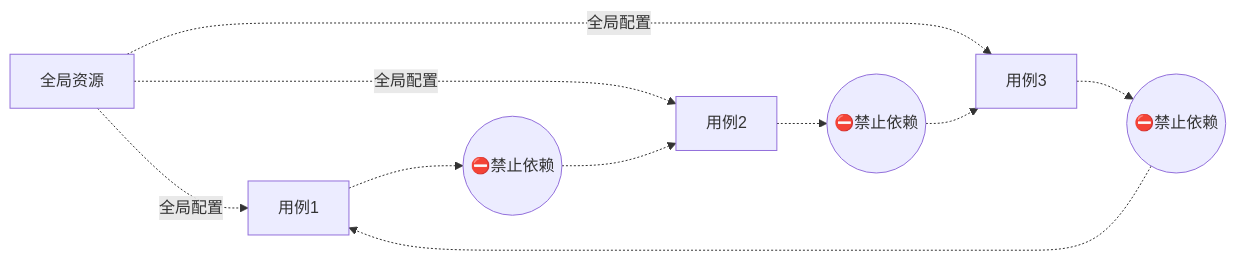
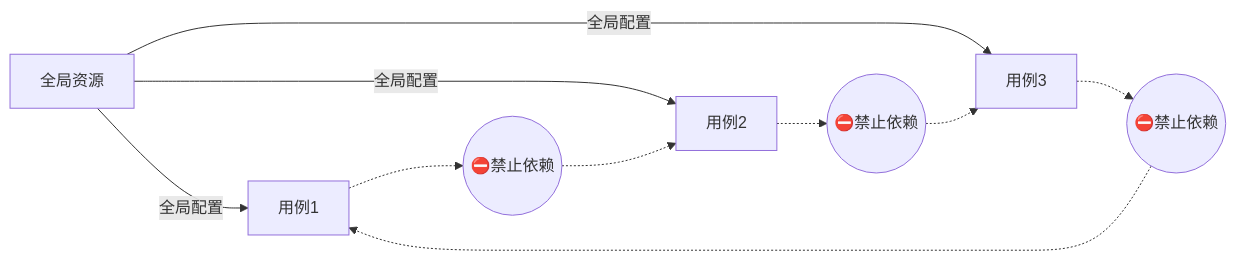
The third of 6 diagrams in content/posts/automation/talk-about-automation.md (uytrdcvbjhgf/guyuechen.github.io), drawn with Mermaid before and after one commit.

Commit message:
mermaid style

````diff
--- a/content/posts/automation/talk-about-automation.md
+++ b/content/posts/automation/talk-about-automation.md
@@ -136,24 +136,24 @@
 ```mermaid
 flowchart LR
     %% 节点定义
     GlobalRes[全局资源]
     Case1[用例1]
     Case2[用例2]
     Case3[用例3]
 
-    %% 全局资源连接
-    GlobalRes -. 全局配置 .-> Case1
-    GlobalRes -. 全局配置 .-> Case2
-    GlobalRes -. 全局配置 .-> Case3
+    %% ✅ 全局资源连接改为实线
+    GlobalRes -->|全局配置| Case1
+    GlobalRes -->|全局配置| Case2
+    GlobalRes -->|全局配置| Case3
 
-    %% 🚫 不再直接用 Case1 --> Case2 的结构，而是加阻断说明
+    %% 🚫 用例间依赖保持为虚线 + 禁止说明节点
     Case1 -.-> 禁止1((⛔禁止依赖))
     禁止1 -.-> Case2
 
     Case2 -.-> 禁止2((⛔禁止依赖))
     禁止2 -.-> Case3
 
     Case3 -.-> 禁止3((⛔禁止依赖))
     禁止3 -.-> Case1
 
 ```
````
